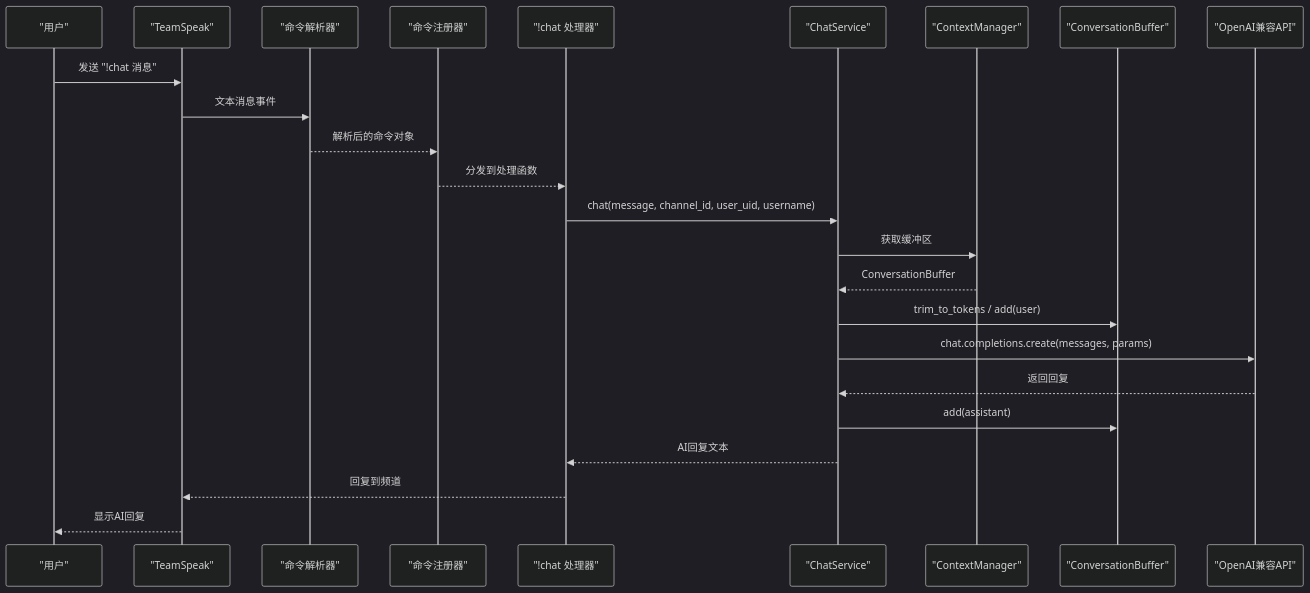
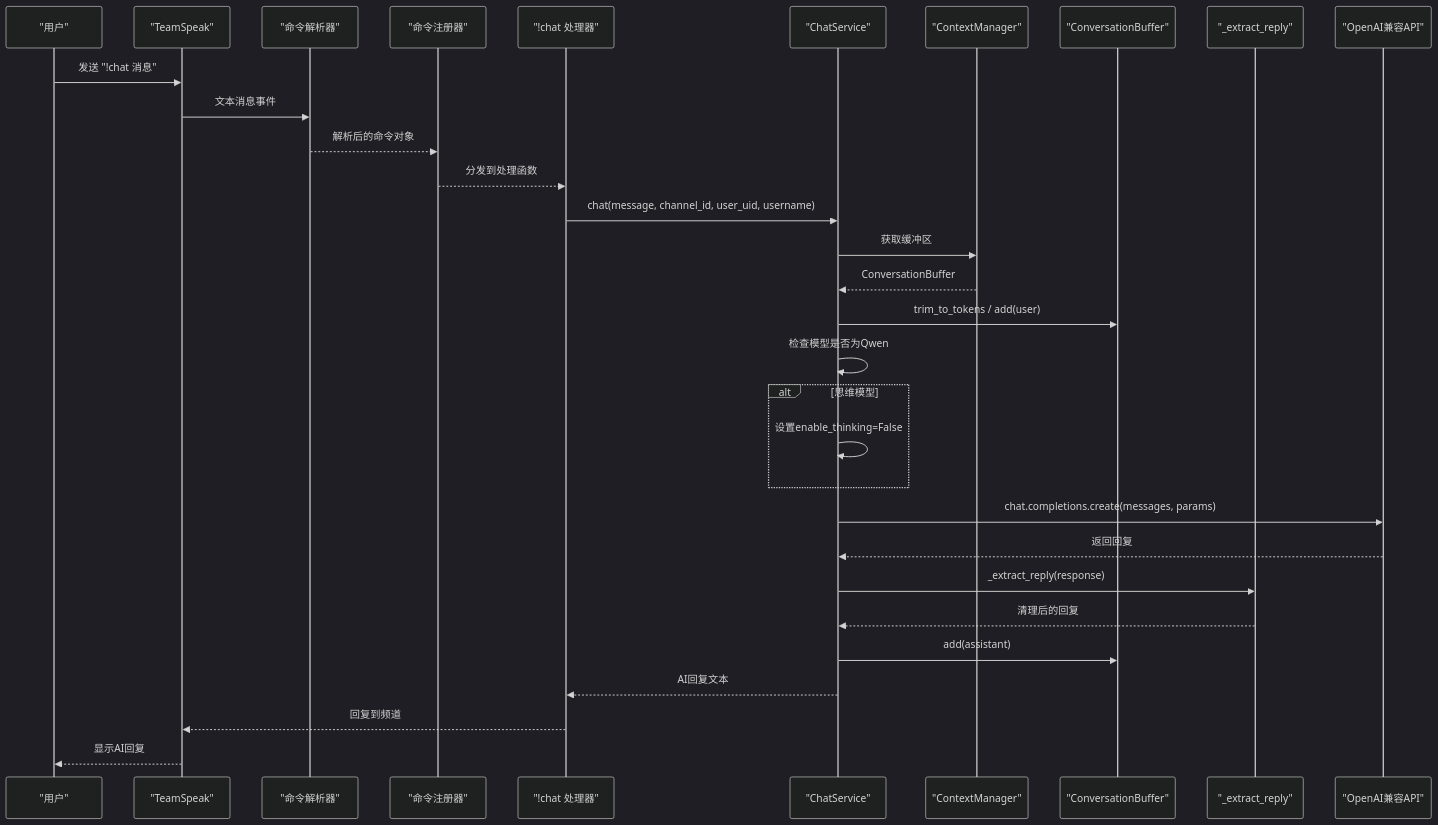
Before and after one commit to GhoulOwl/Teamspeak3_Bot: the second of 8 diagrams in .qoder/repowiki/zh/content/AI聊天服务/AI聊天服务.md, drawn with Mermaid (dark theme). The commit also changed other lines of this file and 13 other files, not shown here.

````diff
--- a/.qoder/repowiki/zh/content/AI聊天服务/AI聊天服务.md
+++ b/.qoder/repowiki/zh/content/AI聊天服务/AI聊天服务.md
@@ -130,26 +136,33 @@
 ```mermaid
 sequenceDiagram
 participant User as "用户"
 participant TS3 as "TeamSpeak"
 participant Parser as "命令解析器"
 participant Registry as "命令注册器"
 participant Handler as "!chat 处理器"
 participant ChatSvc as "ChatService"
 participant CtxMgr as "ContextManager"
 participant Buffer as "ConversationBuffer"
+participant Think as "_extract_reply"
 participant OAI as "OpenAI兼容API"
 User->>TS3 : 发送 "!chat 消息"
 TS3->>Parser : 文本消息事件
 Parser-->>Registry : 解析后的命令对象
 Registry-->>Handler : 分发到处理函数
 Handler->>ChatSvc : chat(message, channel_id, user_uid, username)
 ChatSvc->>CtxMgr : 获取缓冲区
 CtxMgr-->>ChatSvc : ConversationBuffer
 ChatSvc->>Buffer : trim_to_tokens / add(user)
+ChatSvc->>ChatSvc : 检查模型是否为Qwen
+alt 思维模型
+ChatSvc->>ChatSvc : 设置enable_thinking=False
+end
 ChatSvc->>OAI : chat.completions.create(messages, params)
 OAI-->>ChatSvc : 返回回复
+ChatSvc->>Think : _extract_reply(response)
+Think-->>ChatSvc : 清理后的回复
 ChatSvc->>Buffer : add(assistant)
 ChatSvc-->>Handler : AI回复文本
 Handler-->>TS3 : 回复到频道
 TS3-->>User : 显示AI回复
 ```
````
